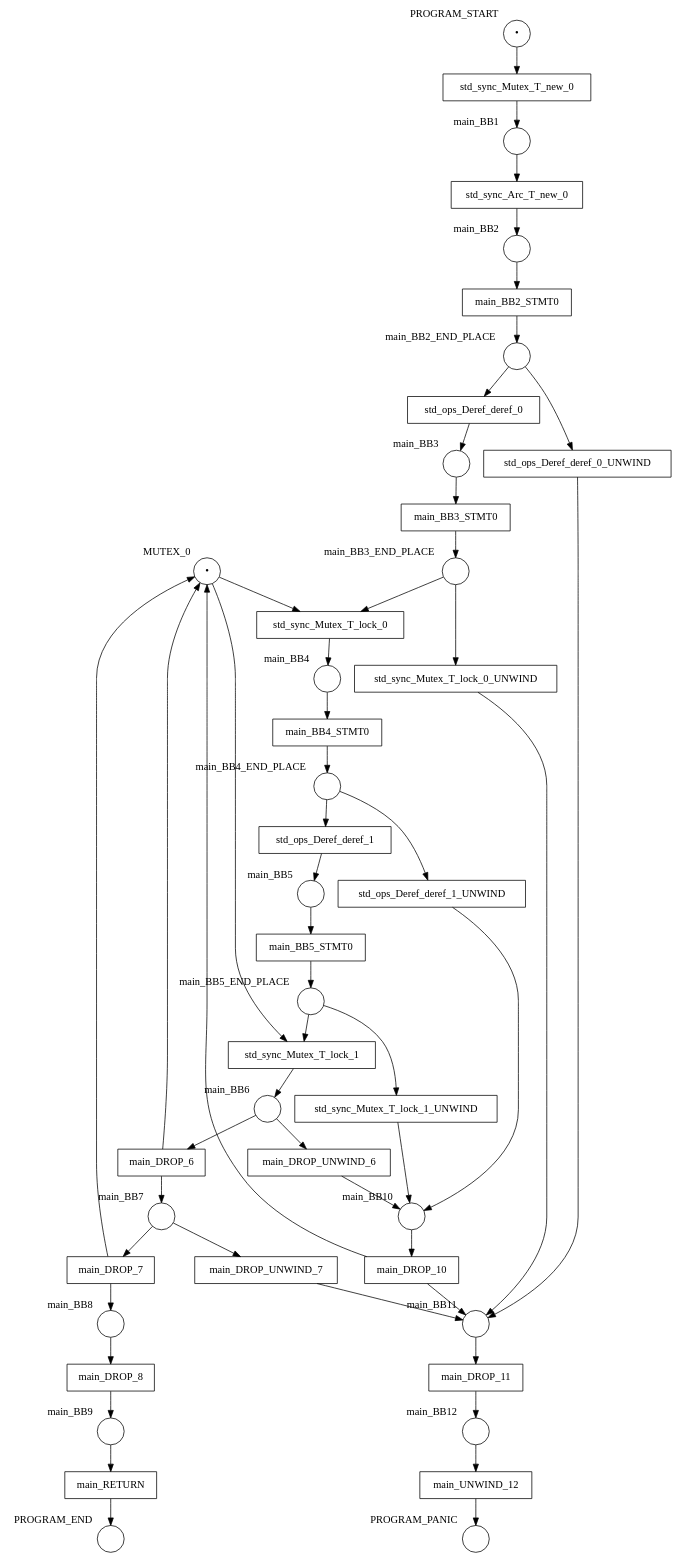
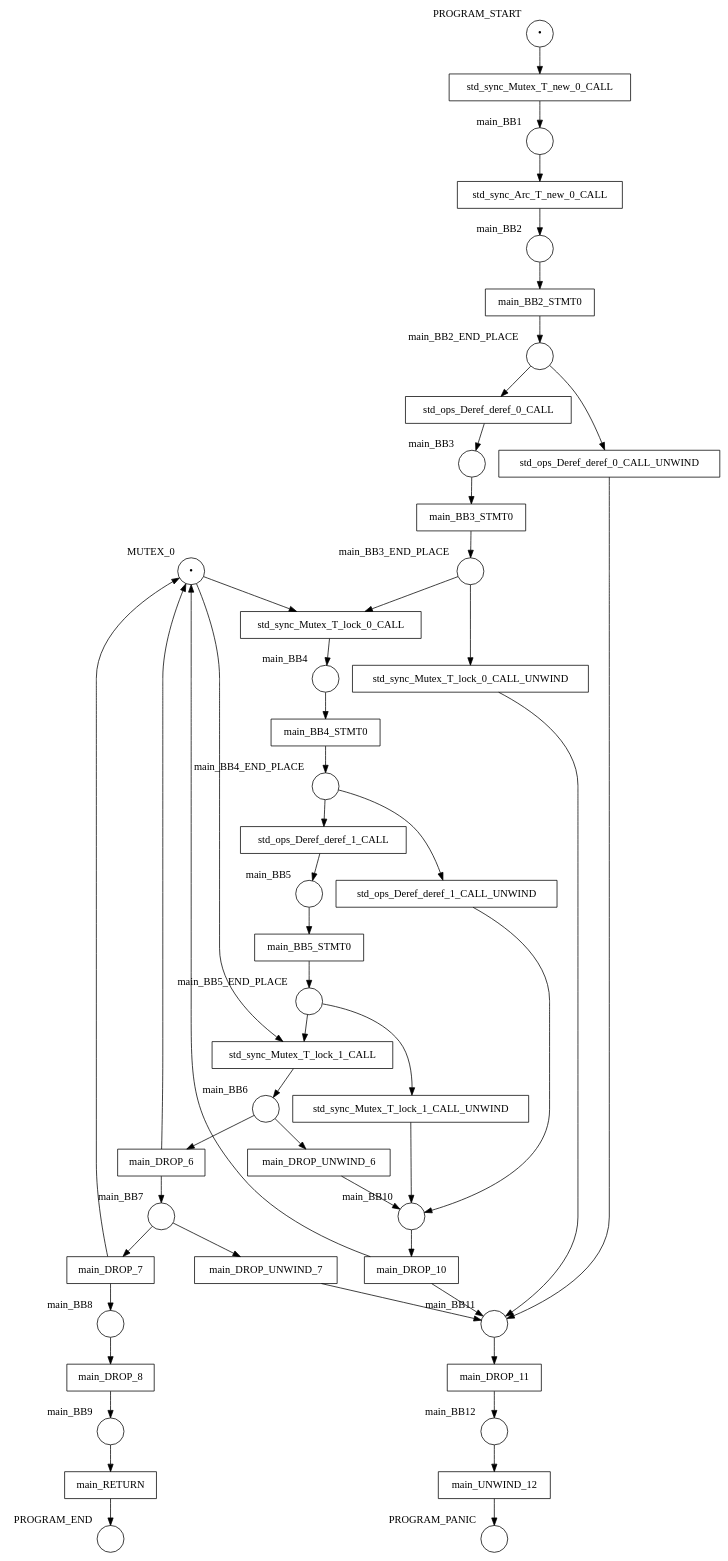
One commit to hlisdero/cargo-check-deadlock changed the diagram in examples/results/mutex/double_lock_deadlock_with_arc/net.dot. Above: the diagram before and after it, drawn with Graphviz. The commit also changed 30 other files, not shown here.

```diff
--- a/examples/results/mutex/double_lock_deadlock_with_arc/net.dot
+++ b/examples/results/mutex/double_lock_deadlock_with_arc/net.dot
@@ -1,96 +1,96 @@
 digraph petrinet {
     MUTEX_0 [shape="circle" xlabel="MUTEX_0" label="•"];
     PROGRAM_END [shape="circle" xlabel="PROGRAM_END" label=""];
     PROGRAM_PANIC [shape="circle" xlabel="PROGRAM_PANIC" label=""];
     PROGRAM_START [shape="circle" xlabel="PROGRAM_START" label="•"];
     main_BB1 [shape="circle" xlabel="main_BB1" label=""];
     main_BB10 [shape="circle" xlabel="main_BB10" label=""];
     main_BB11 [shape="circle" xlabel="main_BB11" label=""];
     main_BB12 [shape="circle" xlabel="main_BB12" label=""];
     main_BB2 [shape="circle" xlabel="main_BB2" label=""];
     main_BB2_END_PLACE [shape="circle" xlabel="main_BB2_END_PLACE" label=""];
     main_BB3 [shape="circle" xlabel="main_BB3" label=""];
     main_BB3_END_PLACE [shape="circle" xlabel="main_BB3_END_PLACE" label=""];
     main_BB4 [shape="circle" xlabel="main_BB4" label=""];
     main_BB4_END_PLACE [shape="circle" xlabel="main_BB4_END_PLACE" label=""];
     main_BB5 [shape="circle" xlabel="main_BB5" label=""];
     main_BB5_END_PLACE [shape="circle" xlabel="main_BB5_END_PLACE" label=""];
     main_BB6 [shape="circle" xlabel="main_BB6" label=""];
     main_BB7 [shape="circle" xlabel="main_BB7" label=""];
     main_BB8 [shape="circle" xlabel="main_BB8" label=""];
     main_BB9 [shape="circle" xlabel="main_BB9" label=""];
     main_BB2_STMT0 [shape="box" xlabel="" label="main_BB2_STMT0"];
     main_BB3_STMT0 [shape="box" xlabel="" label="main_BB3_STMT0"];
     main_BB4_STMT0 [shape="box" xlabel="" label="main_BB4_STMT0"];
     main_BB5_STMT0 [shape="box" xlabel="" label="main_BB5_STMT0"];
     main_DROP_10 [shape="box" xlabel="" label="main_DROP_10"];
     main_DROP_11 [shape="box" xlabel="" label="main_DROP_11"];
     main_DROP_6 [shape="box" xlabel="" label="main_DROP_6"];
     main_DROP_7 [shape="box" xlabel="" label="main_DROP_7"];
     main_DROP_8 [shape="box" xlabel="" label="main_DROP_8"];
     main_DROP_UNWIND_6 [shape="box" xlabel="" label="main_DROP_UNWIND_6"];
     main_DROP_UNWIND_7 [shape="box" xlabel="" label="main_DROP_UNWIND_7"];
     main_RETURN [shape="box" xlabel="" label="main_RETURN"];
     main_UNWIND_12 [shape="box" xlabel="" label="main_UNWIND_12"];
-    std_ops_Deref_deref_0 [shape="box" xlabel="" label="std_ops_Deref_deref_0"];
-    std_ops_Deref_deref_0_UNWIND [shape="box" xlabel="" label="std_ops_Deref_deref_0_UNWIND"];
-    std_ops_Deref_deref_1 [shape="box" xlabel="" label="std_ops_Deref_deref_1"];
-    std_ops_Deref_deref_1_UNWIND [shape="box" xlabel="" label="std_ops_Deref_deref_1_UNWIND"];
-    std_sync_Arc_T_new_0 [shape="box" xlabel="" label="std_sync_Arc_T_new_0"];
-    std_sync_Mutex_T_lock_0 [shape="box" xlabel="" label="std_sync_Mutex_T_lock_0"];
-    std_sync_Mutex_T_lock_0_UNWIND [shape="box" xlabel="" label="std_sync_Mutex_T_lock_0_UNWIND"];
-    std_sync_Mutex_T_lock_1 [shape="box" xlabel="" label="std_sync_Mutex_T_lock_1"];
-    std_sync_Mutex_T_lock_1_UNWIND [shape="box" xlabel="" label="std_sync_Mutex_T_lock_1_UNWIND"];
-    std_sync_Mutex_T_new_0 [shape="box" xlabel="" label="std_sync_Mutex_T_new_0"];
-    MUTEX_0 -> std_sync_Mutex_T_lock_0;
-    MUTEX_0 -> std_sync_Mutex_T_lock_1;
-    PROGRAM_START -> std_sync_Mutex_T_new_0;
-    main_BB1 -> std_sync_Arc_T_new_0;
+    std_ops_Deref_deref_0_CALL [shape="box" xlabel="" label="std_ops_Deref_deref_0_CALL"];
+    std_ops_Deref_deref_0_CALL_UNWIND [shape="box" xlabel="" label="std_ops_Deref_deref_0_CALL_UNWIND"];
+    std_ops_Deref_deref_1_CALL [shape="box" xlabel="" label="std_ops_Deref_deref_1_CALL"];
+    std_ops_Deref_deref_1_CALL_UNWIND [shape="box" xlabel="" label="std_ops_Deref_deref_1_CALL_UNWIND"];
+    std_sync_Arc_T_new_0_CALL [shape="box" xlabel="" label="std_sync_Arc_T_new_0_CALL"];
+    std_sync_Mutex_T_lock_0_CALL [shape="box" xlabel="" label="std_sync_Mutex_T_lock_0_CALL"];
+    std_sync_Mutex_T_lock_0_CALL_UNWIND [shape="box" xlabel="" label="std_sync_Mutex_T_lock_0_CALL_UNWIND"];
+    std_sync_Mutex_T_lock_1_CALL [shape="box" xlabel="" label="std_sync_Mutex_T_lock_1_CALL"];
+    std_sync_Mutex_T_lock_1_CALL_UNWIND [shape="box" xlabel="" label="std_sync_Mutex_T_lock_1_CALL_UNWIND"];
+    std_sync_Mutex_T_new_0_CALL [shape="box" xlabel="" label="std_sync_Mutex_T_new_0_CALL"];
+    MUTEX_0 -> std_sync_Mutex_T_lock_0_CALL;
+    MUTEX_0 -> std_sync_Mutex_T_lock_1_CALL;
+    PROGRAM_START -> std_sync_Mutex_T_new_0_CALL;
+    main_BB1 -> std_sync_Arc_T_new_0_CALL;
     main_BB10 -> main_DROP_10;
     main_BB11 -> main_DROP_11;
     main_BB12 -> main_UNWIND_12;
     main_BB2 -> main_BB2_STMT0;
-    main_BB2_END_PLACE -> std_ops_Deref_deref_0;
-    main_BB2_END_PLACE -> std_ops_Deref_deref_0_UNWIND;
+    main_BB2_END_PLACE -> std_ops_Deref_deref_0_CALL;
+    main_BB2_END_PLACE -> std_ops_Deref_deref_0_CALL_UNWIND;
     main_BB3 -> main_BB3_STMT0;
-    main_BB3_END_PLACE -> std_sync_Mutex_T_lock_0;
-    main_BB3_END_PLACE -> std_sync_Mutex_T_lock_0_UNWIND;
+    main_BB3_END_PLACE -> std_sync_Mutex_T_lock_0_CALL;
+    main_BB3_END_PLACE -> std_sync_Mutex_T_lock_0_CALL_UNWIND;
     main_BB4 -> main_BB4_STMT0;
-    main_BB4_END_PLACE -> std_ops_Deref_deref_1;
-    main_BB4_END_PLACE -> std_ops_Deref_deref_1_UNWIND;
+    main_BB4_END_PLACE -> std_ops_Deref_deref_1_CALL;
+    main_BB4_END_PLACE -> std_ops_Deref_deref_1_CALL_UNWIND;
     main_BB5 -> main_BB5_STMT0;
-    main_BB5_END_PLACE -> std_sync_Mutex_T_lock_1;
-    main_BB5_END_PLACE -> std_sync_Mutex_T_lock_1_UNWIND;
+    main_BB5_END_PLACE -> std_sync_Mutex_T_lock_1_CALL;
+    main_BB5_END_PLACE -> std_sync_Mutex_T_lock_1_CALL_UNWIND;
     main_BB6 -> main_DROP_6;
     main_BB6 -> main_DROP_UNWIND_6;
     main_BB7 -> main_DROP_7;
     main_BB7 -> main_DROP_UNWIND_7;
     main_BB8 -> main_DROP_8;
     main_BB9 -> main_RETURN;
     main_BB2_STMT0 -> main_BB2_END_PLACE;
     main_BB3_STMT0 -> main_BB3_END_PLACE;
     main_BB4_STMT0 -> main_BB4_END_PLACE;
     main_BB5_STMT0 -> main_BB5_END_PLACE;
     main_DROP_10 -> MUTEX_0;
     main_DROP_10 -> main_BB11;
     main_DROP_11 -> main_BB12;
     main_DROP_6 -> MUTEX_0;
     main_DROP_6 -> main_BB7;
     main_DROP_7 -> MUTEX_0;
     main_DROP_7 -> main_BB8;
     main_DROP_8 -> main_BB9;
     main_DROP_UNWIND_6 -> main_BB10;
     main_DROP_UNWIND_7 -> main_BB11;
     main_RETURN -> PROGRAM_END;
     main_UNWIND_12 -> PROGRAM_PANIC;
-    std_ops_Deref_deref_0 -> main_BB3;
-    std_ops_Deref_deref_0_UNWIND -> main_BB11;
-    std_ops_Deref_deref_1 -> main_BB5;
-    std_ops_Deref_deref_1_UNWIND -> main_BB10;
-    std_sync_Arc_T_new_0 -> main_BB2;
-    std_sync_Mutex_T_lock_0 -> main_BB4;
-    std_sync_Mutex_T_lock_0_UNWIND -> main_BB11;
-    std_sync_Mutex_T_lock_1 -> main_BB6;
-    std_sync_Mutex_T_lock_1_UNWIND -> main_BB10;
-    std_sync_Mutex_T_new_0 -> main_BB1;
+    std_ops_Deref_deref_0_CALL -> main_BB3;
+    std_ops_Deref_deref_0_CALL_UNWIND -> main_BB11;
+    std_ops_Deref_deref_1_CALL -> main_BB5;
+    std_ops_Deref_deref_1_CALL_UNWIND -> main_BB10;
+    std_sync_Arc_T_new_0_CALL -> main_BB2;
+    std_sync_Mutex_T_lock_0_CALL -> main_BB4;
+    std_sync_Mutex_T_lock_0_CALL_UNWIND -> main_BB11;
+    std_sync_Mutex_T_lock_1_CALL -> main_BB6;
+    std_sync_Mutex_T_lock_1_CALL_UNWIND -> main_BB10;
+    std_sync_Mutex_T_new_0_CALL -> main_BB1;
 }
```
